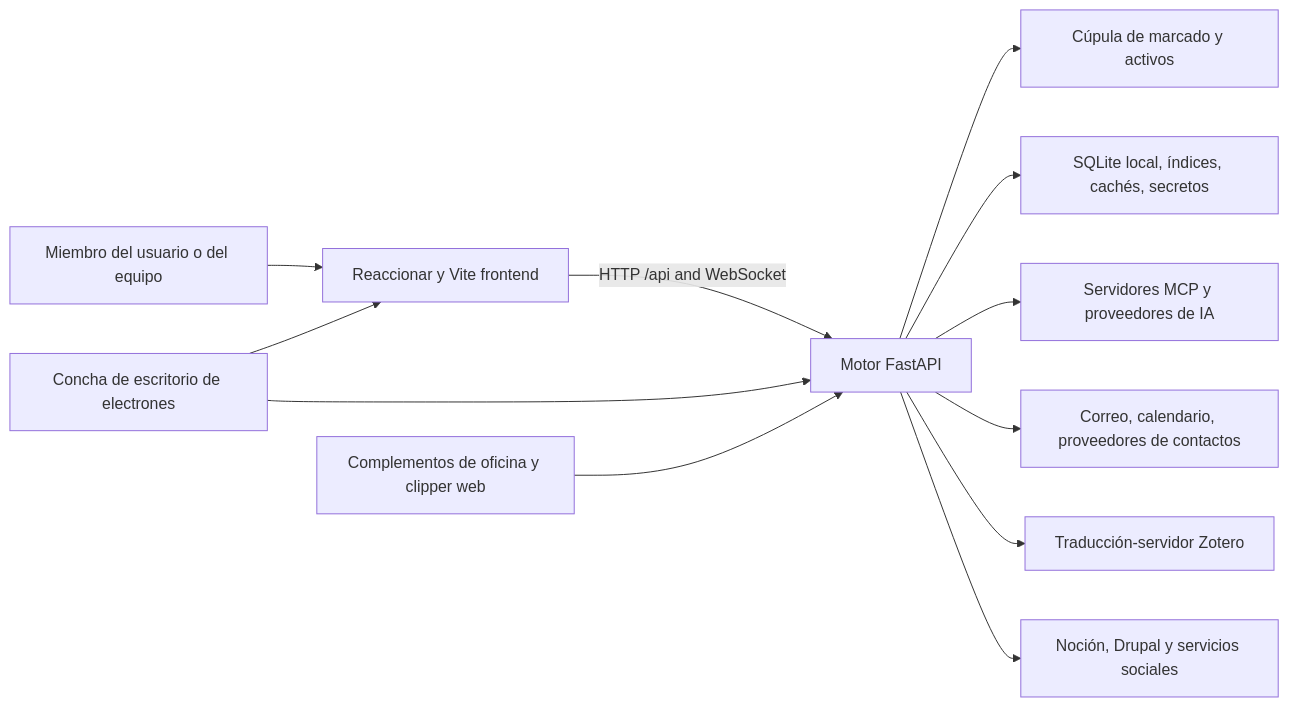
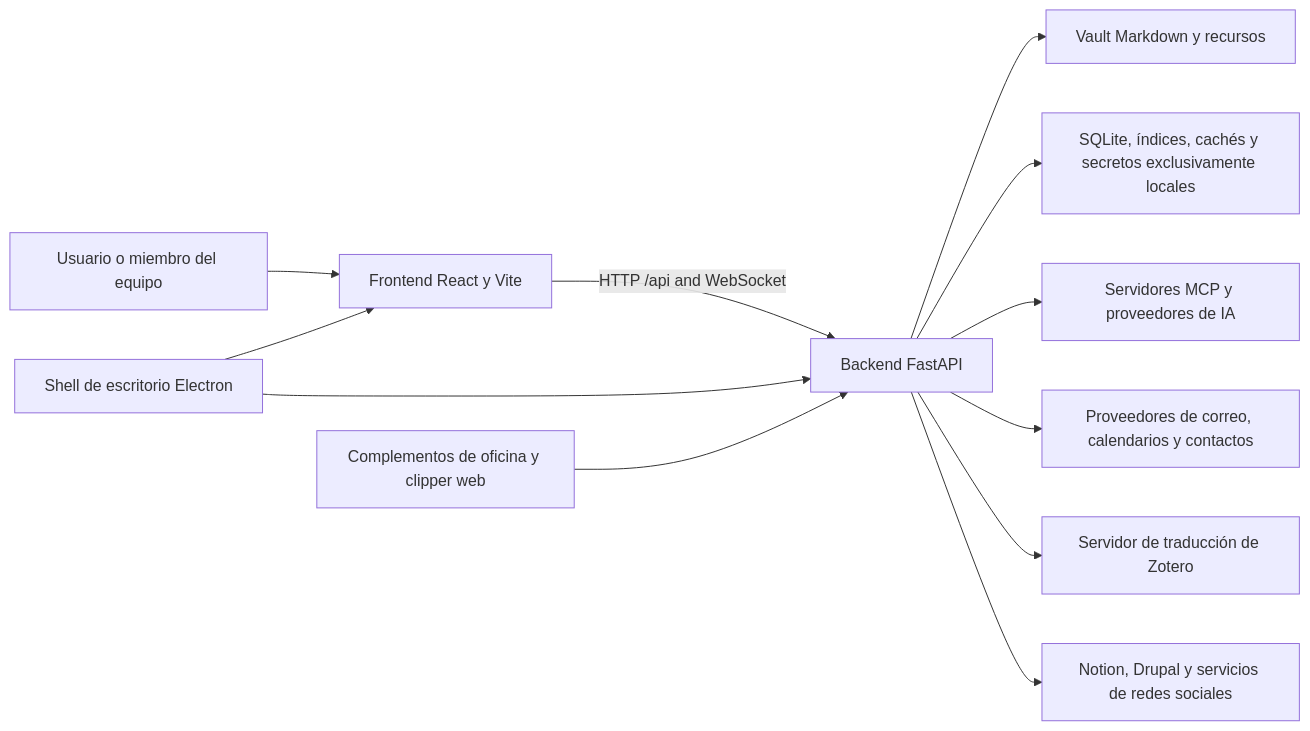
The diagram in docs/engineering-es/architecture/system-context.md (ismigar/Gnosi), drawn with Mermaid before and after one commit. The commit also changed other lines of this file and 96 other files, not shown here.

````diff
--- a/docs/engineering-es/architecture/system-context.md
+++ b/docs/engineering-es/architecture/system-context.md
@@ -33,14 +33,14 @@
 ```mermaid
 flowchart LR
-    User["Miembro del usuario o del equipo"] --> UI["Reaccionar y Vite frontend"]
-    UI -->|HTTP /api and WebSocket| API["Motor FastAPI"]
-    API --> Vault["Cúpula de marcado y activos"]
-    API --> Local["SQLite local, índices, cachés, secretos"]
+    User["Usuario o miembro del equipo"] --> UI["Frontend React y Vite"]
+    UI -->|HTTP /api and WebSocket| API["Backend FastAPI"]
+    API --> Vault["Vault Markdown y recursos"]
+    API --> Local["SQLite, índices, cachés y secretos exclusivamente locales"]
     API --> MCP["Servidores MCP y proveedores de IA"]
-    API --> Comms["Correo, calendario, proveedores de contactos"]
-    API --> Zotero["Traducción-servidor Zotero"]
-    API --> Publish["Noción, Drupal y servicios sociales"]
-    Desktop["Concha de escritorio de electrones"] --> UI
+    API --> Comms["Proveedores de correo, calendarios y contactos"]
+    API --> Zotero["Servidor de traducción de Zotero"]
+    API --> Publish["Notion, Drupal y servicios de redes sociales"]
+    Desktop["Shell de escritorio Electron"] --> UI
     Desktop --> API
     Office["Complementos de oficina y clipper web"] --> API
 ```
````
